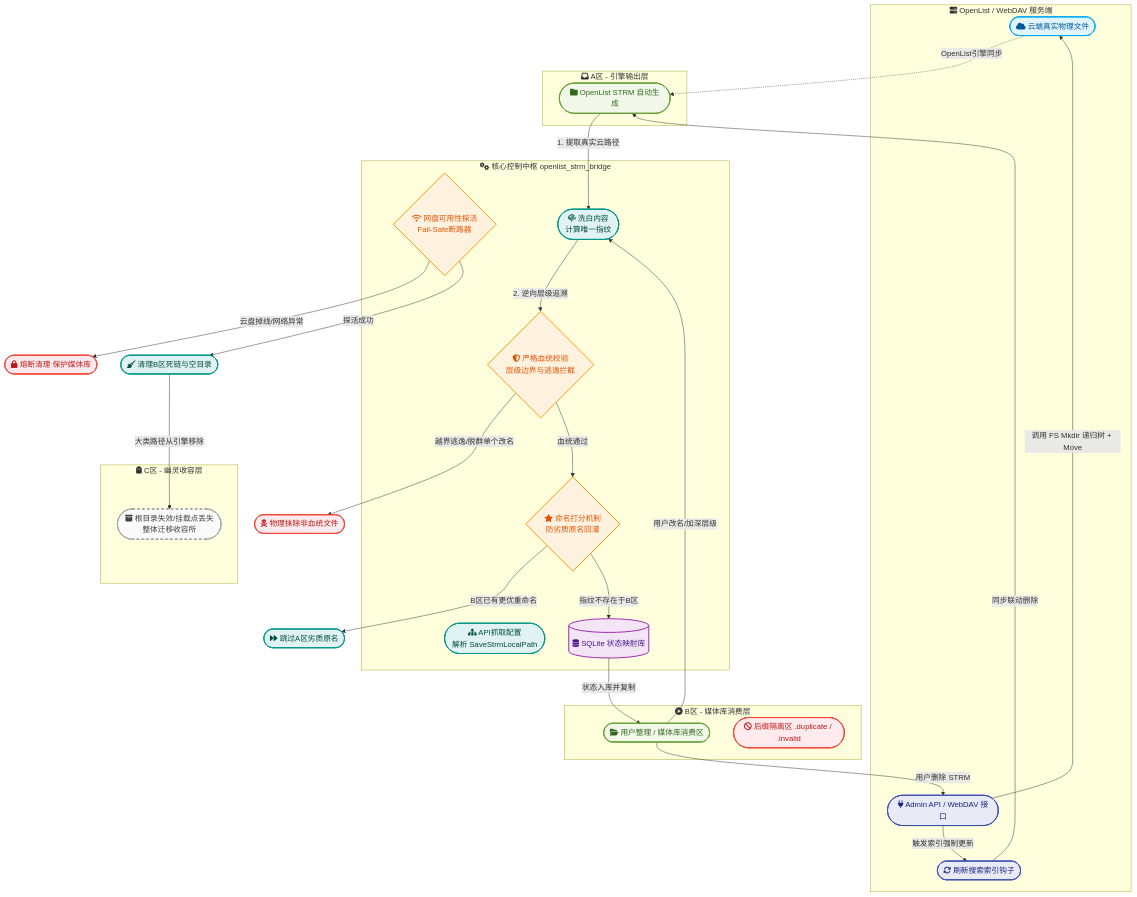
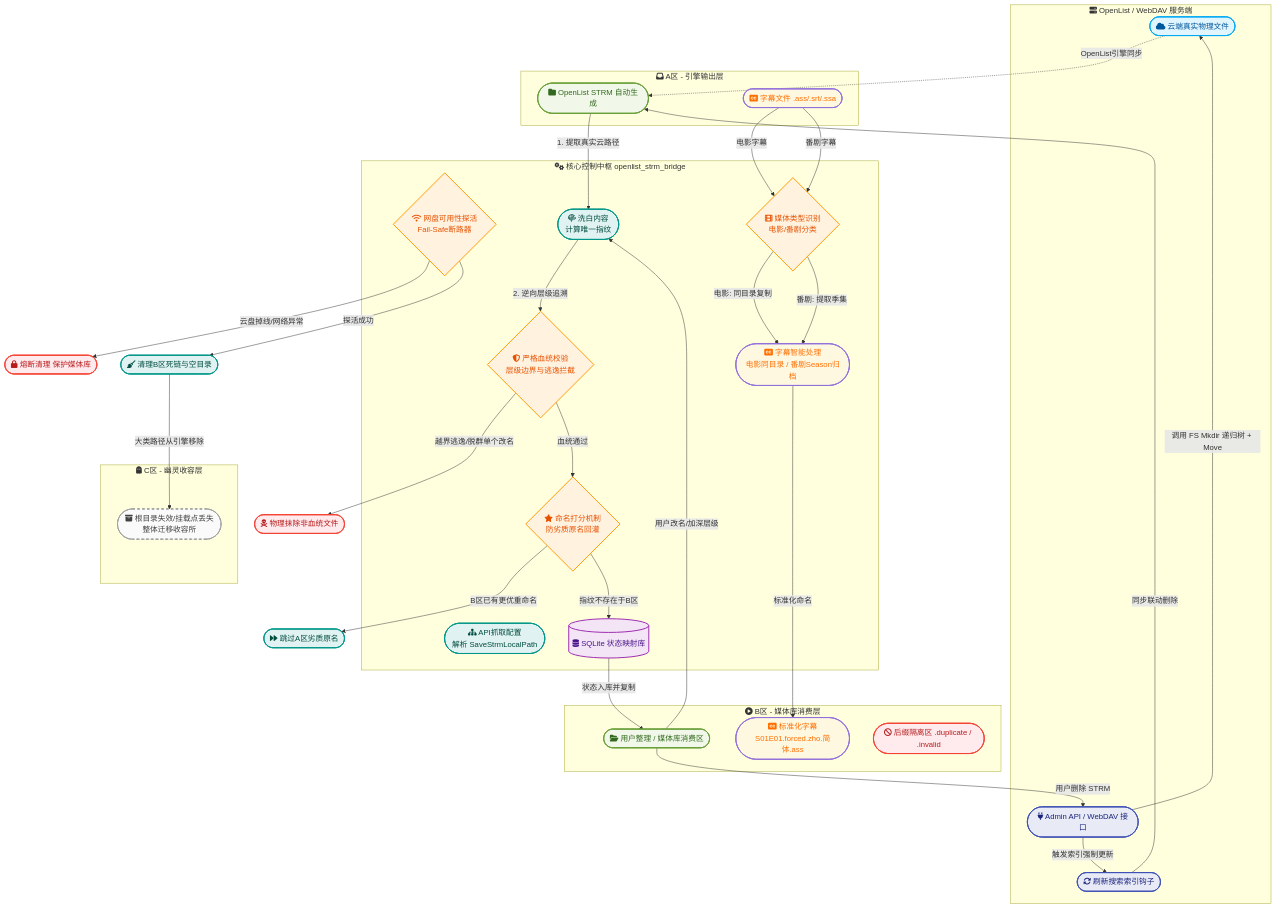
One commit to tanmoumou252/openlist_strm_monitor changed the diagram in README.md. Above: the diagram before and after it, drawn with Mermaid. The commit also changed other lines of this file and 2 other files, not shown here.

First line of the commit message:
Add subtitle sync and switch to update mode

````diff
--- a/README.md
+++ b/README.md
@@ -29,65 +36,77 @@
 ```mermaid
 flowchart TD
     %% ================= 核心样式定义 =================
     classDef cloudNode fill:#e1f5fe,stroke:#03a9f4,stroke-width:2px,color:#01579b,rx:8px,ry:8px;
     classDef apiNode fill:#e8eaf6,stroke:#3f51b5,stroke-width:2px,color:#1a237e,rx:8px,ry:8px;
     classDef coreNode fill:#e0f2f1,stroke:#009688,stroke-width:2px,color:#004d40,rx:8px,ry:8px;
     classDef decisionNode fill:#fff3e0,stroke:#ff9800,stroke-width:2px,color:#e65100;
     classDef dangerNode fill:#ffebee,stroke:#f44336,stroke-width:2px,color:#b71c1c,rx:8px,ry:8px;
     classDef dbNode fill:#f3e5f5,stroke:#9c27b0,stroke-width:2px,color:#4a148c;
     classDef areaNode fill:#f1f8e9,stroke:#689f38,stroke-width:2px,color:#33691e,rx:8px,ry:8px;
     classDef ghostNode fill:#fafafa,stroke:#9e9e9e,stroke-width:2px,color:#424242,stroke-dasharray: 5 5,rx:8px,ry:8px;
+    classDef subtitleNode fill:#fff8e1, #ffc107,stroke-width:2px,color:#ff6f00,rx:8px,ry:8px;
 
     %% ================= 结构定义 =================
     subgraph Server [fa:fa-server OpenList / WebDAV 服务端]
         Cloud([fa:fa-cloud 云端真实物理文件]):::cloudNode
         API([fa:fa-plug Admin API / WebDAV 接口]):::apiNode
         Hook([fa:fa-sync 刷新搜索索引钩子]):::apiNode
     end
 
     subgraph AreaA [fa:fa-inbox A区 - 引擎输出层]
         A_DIR([fa:fa-folder OpenList STRM 自动生成]):::areaNode
+        A_SUB([fa:fa-closed-captioning 字幕文件 .ass/.srt/.ssa]):::subtitleNode
     end
 
     subgraph Core [fa:fa-cogs 核心控制中枢 openlist_strm_bridge]
         Config([fa:fa-sitemap API抓取配置<br>解析 SaveStrmLocalPath]):::coreNode
         Auth{fa:fa-wifi 网盘可用性探活<br>Fail-Safe断路器}:::decisionNode
         Lineage{fa:fa-shield-alt 严格血统校验<br>层级边界与逃逸拦截}:::decisionNode
         Fingerprint([fa:fa-fingerprint 洗白内容<br>计算唯一指纹]):::coreNode
         Score{fa:fa-star 命名打分机制<br>防劣质原名回灌}:::decisionNode
+        MediaType{fa:fa-film 媒体类型识别<br>电影/番剧分类}:::decisionNode
+        Subtitle([fa:fa-closed-captioning 字幕智能处理<br>电影同目录 / 番剧Season归档]):::subtitleNode
         DB[(fa:fa-database SQLite 状态映射库)]:::dbNode
     end
 
     subgraph AreaB [fa:fa-play-circle B区 - 媒体库消费层]
         B_DIR([fa:fa-folder-open 用户整理 / 媒体库消费区]):::areaNode
+        B_SUB([fa:fa-closed-captioning 标准化字幕<br>S01E01.forced.zho.简体.ass]):::subtitleNode
         B_DUP([fa:fa-ban 后缀隔离区 .duplicate / .invalid]):::dangerNode
     end
 
     subgraph AreaC [fa:fa-ghost C区 - 幽灵收容层]
         C_DIR([fa:fa-archive 根目录失效/挂载点丢失<br>整体迁移收容所]):::ghostNode
     end
 
     %% ================= 数据关系流转 =================
     
     Cloud -. OpenList引擎同步 .-> A_DIR
     A_DIR -->|1. 提取真实云路径| Fingerprint
     Fingerprint -->|2. 逆向层级追溯| Lineage
     
     Lineage -->|越界逃逸/脱群单个改名| 物理击毙([fa:fa-skull-crossbones 物理抹除非血统文件]):::dangerNode
     Lineage -->|血统通过| Score
     
     Score -->|B区已有更优重命名| 跳过([fa:fa-forward 跳过A区劣质原名]):::coreNode
     Score -->|指纹不存在于B区| DB
     DB -->|状态入库并复制| B_DIR
     
     B_DIR -->|用户改名/加深层级| Fingerprint
     B_DIR -->|用户删除 STRM| API
     
     API -->|调用 FS Mkdir 递归树 + Move| Cloud
     API -->|触发索引强制更新| Hook
     Hook -->|同步联动删除| A_DIR
+
+    %% 字幕处理流程
+    A_SUB -->|电影字幕| MediaType
+    A_SUB -->|番剧字幕| MediaType
+    MediaType -->|电影: 同目录复制| Subtitle
+    MediaType -->|番剧: 提取季集| Subtitle
+    Subtitle -->|标准化命名| B_SUB
     
     Auth -->|云盘掉线/网络异常| 阻断([fa:fa-lock 熔断清理 保护媒体库]):::dangerNode
     Auth -->|探活成功| 清理([fa:fa-broom 清理B区死链与空目录]):::coreNode
     清理 -->|大类路径从引擎移除| C_DIR
 ```
````
